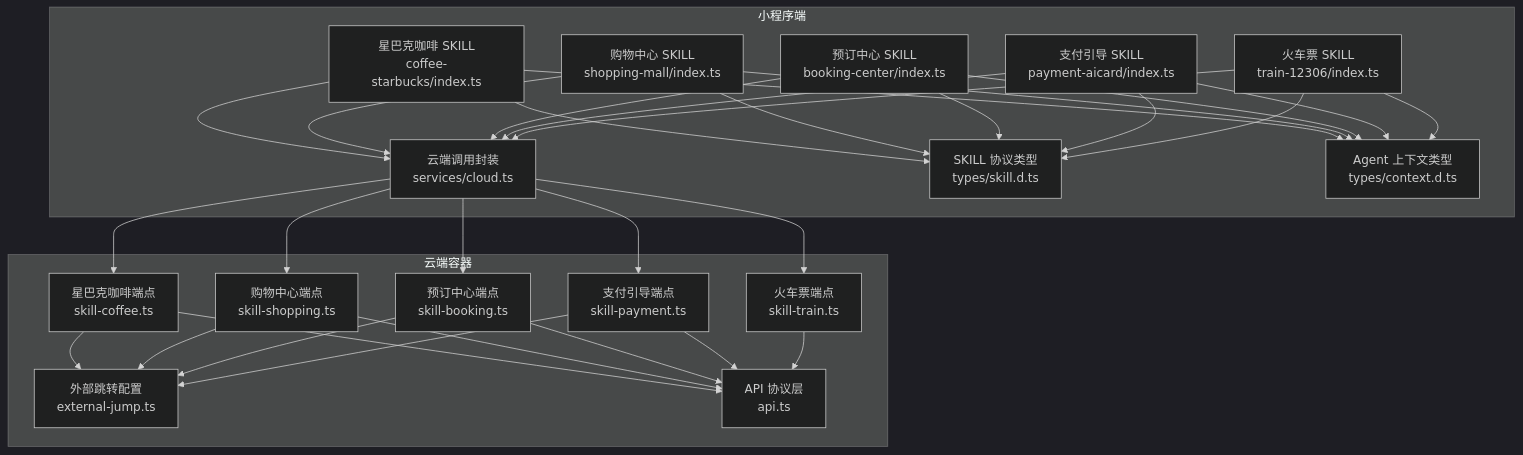
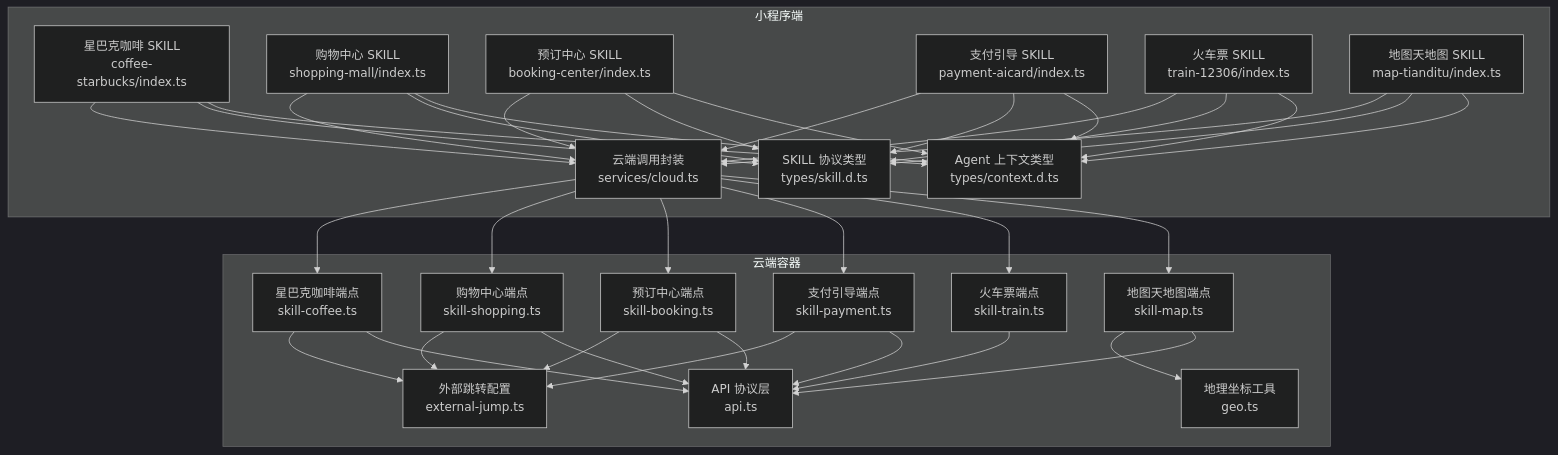
The first of 9 diagrams in .qoder/repowiki/zh/content/SKILL系统/内置SKILL/内置SKILL.md (Ichi-Hackton/WAIC-WeChat-MiniProgram), drawn with Mermaid (dark theme) before and after one commit. The commit also changed other lines of this file and 28 other files, not shown here.

````diff
--- a/.qoder/repowiki/zh/content/SKILL系统/内置SKILL/内置SKILL.md
+++ b/.qoder/repowiki/zh/content/SKILL系统/内置SKILL/内置SKILL.md
@@ -60,51 +62,60 @@
 ```mermaid
 graph TB
 subgraph "小程序端"
 A["星巴克咖啡 SKILL<br/>coffee-starbucks/index.ts"]
 B["购物中心 SKILL<br/>shopping-mall/index.ts"]
 C["预订中心 SKILL<br/>booking-center/index.ts"]
 D["支付引导 SKILL<br/>payment-aicard/index.ts"]
 E["火车票 SKILL<br/>train-12306/index.ts"]
-F["云端调用封装<br/>services/cloud.ts"]
-G["SKILL 协议类型<br/>types/skill.d.ts"]
-H["Agent 上下文类型<br/>types/context.d.ts"]
+F["地图天地图 SKILL<br/>map-tianditu/index.ts"]
+G["云端调用封装<br/>services/cloud.ts"]
+H["SKILL 协议类型<br/>types/skill.d.ts"]
+I["Agent 上下文类型<br/>types/context.d.ts"]
 end
 subgraph "云端容器"
-I["星巴克咖啡端点<br/>skill-coffee.ts"]
-J["购物中心端点<br/>skill-shopping.ts"]
-K["预订中心端点<br/>skill-booking.ts"]
-L["支付引导端点<br/>skill-payment.ts"]
-M["火车票端点<br/>skill-train.ts"]
-N["外部跳转配置<br/>external-jump.ts"]
-O["API 协议层<br/>api.ts"]
+J["星巴克咖啡端点<br/>skill-coffee.ts"]
+K["购物中心端点<br/>skill-shopping.ts"]
+L["预订中心端点<br/>skill-booking.ts"]
+M["支付引导端点<br/>skill-payment.ts"]
+N["火车票端点<br/>skill-train.ts"]
+O["地图天地图端点<br/>skill-map.ts"]
+P["外部跳转配置<br/>external-jump.ts"]
+Q["API 协议层<br/>api.ts"]
+R["地理坐标工具<br/>geo.ts"]
 end
-A --> F
-B --> F
-C --> F
-D --> F
-E --> F
-F --> I
-F --> J
-F --> K
-F --> L
-F --> M
-I --> N
-J --> N
-K --> N
-L --> N
-I --> O
-J --> O
-K --> O
-L --> O
-M --> O
 A --> G
 B --> G
 C --> G
 D --> G
 E --> G
+F --> G
+G --> J
+G --> K
+G --> L
+G --> M
+G --> N
+G --> O
+J --> P
+K --> P
+L --> P
+M --> P
+O --> R
+O --> Q
+J --> Q
+K --> Q
+L --> Q
+M --> Q
+N --> Q
+F --> H
 A --> H
 B --> H
 C --> H
 D --> H
 E --> H
+F --> I
+A --> I
+B --> I
+C --> I
+D --> I
+E --> I
 ```
````
